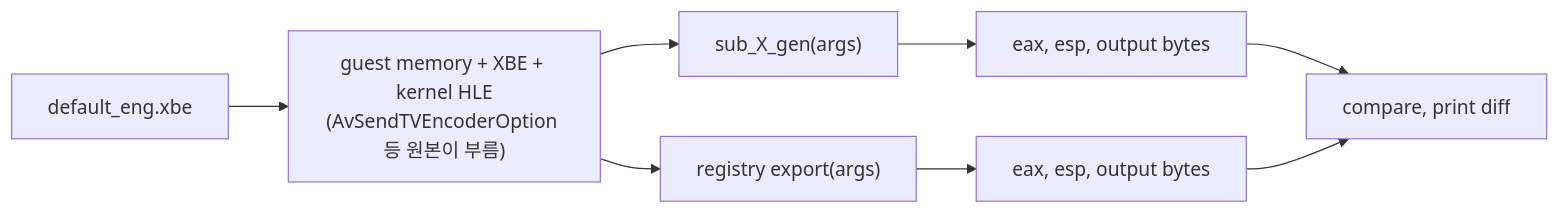
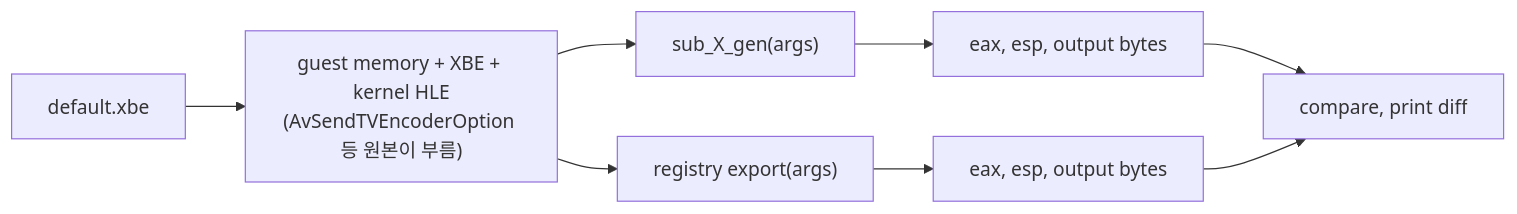
One commit to nworkers/reJSRF changed the fourth of 4 diagrams in docs/design/20261012-i007-d3d8-hle-first-batch.md. Above: the diagram before and after it, drawn with Mermaid. The commit also changed 30 other files, not shown here.

First line of the commit message:
v0.0.14: default.xbe from the game directory, --xbe, US MD5 check in the recomp scripts (#36)

````diff
--- a/docs/design/20261012-i007-d3d8-hle-first-batch.md
+++ b/docs/design/20261012-i007-d3d8-hle-first-batch.md
@@ -119,7 +119,7 @@
 ```mermaid
 flowchart LR
-    XBE["default_eng.xbe"] --> LOAD["guest memory + XBE + kernel HLE<br/>(AvSendTVEncoderOption 등 원본이 부름)"]
+    XBE["default.xbe"] --> LOAD["guest memory + XBE + kernel HLE<br/>(AvSendTVEncoderOption 등 원본이 부름)"]
     LOAD --> ORIG["sub_X_gen(args)"] --> O1["eax, esp, output bytes"]
     LOAD --> HLE["registry export(args)"] --> O2["eax, esp, output bytes"]
     O1 & O2 --> CMP["compare, print diff"]
 ```
````
